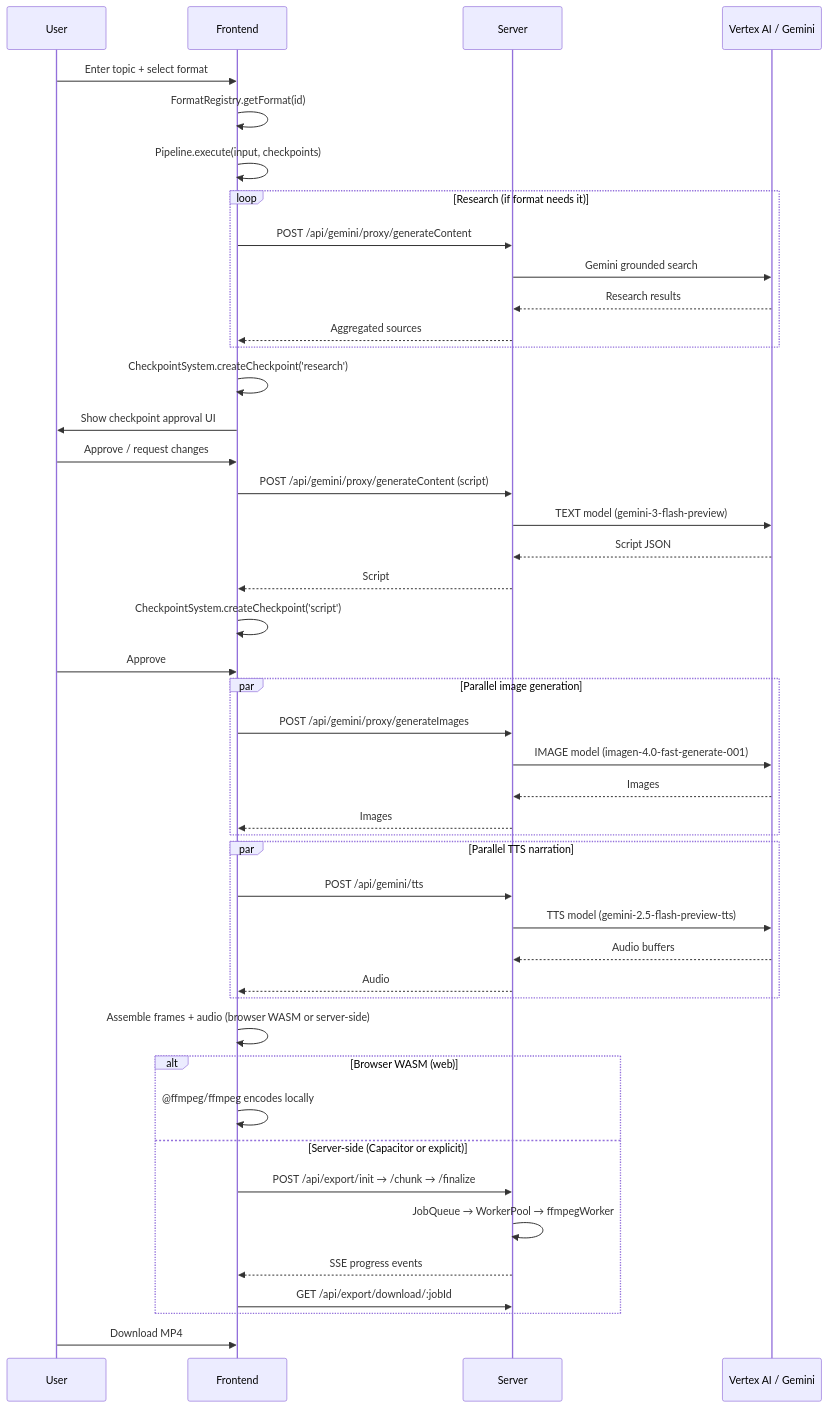
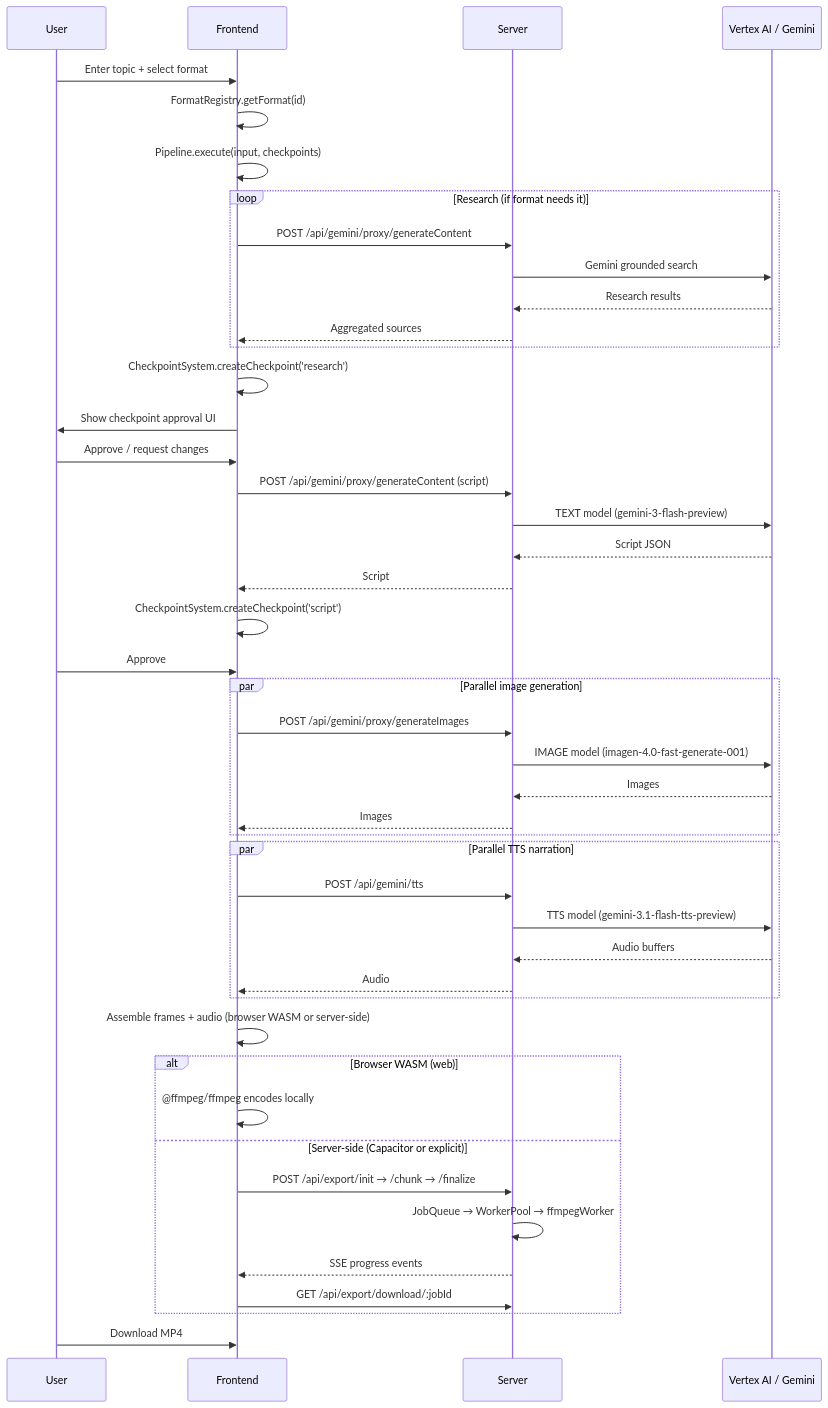
The second of 2 diagrams in docs/ARCHITECTURE.md (lordpython/aisoulstudio), drawn with Mermaid before and after one commit. The commit also changed other lines of this file and 33 other files, not shown here.

First line of the commit message:
feat(tts): normalize delivery markers for Gemini TTS

````diff
--- a/docs/ARCHITECTURE.md
+++ b/docs/ARCHITECTURE.md
@@ -120,57 +120,57 @@
 ```mermaid
 sequenceDiagram
     participant U as User
     participant FE as Frontend
     participant S as Server
     participant AI as Vertex AI / Gemini
 
     U->>FE: Enter topic + select format
     FE->>FE: FormatRegistry.getFormat(id)
     FE->>FE: Pipeline.execute(input, checkpoints)
 
     loop Research (if format needs it)
         FE->>S: POST /api/gemini/proxy/generateContent
         S->>AI: Gemini grounded search
         AI-->>S: Research results
         S-->>FE: Aggregated sources
     end
 
     FE->>FE: CheckpointSystem.createCheckpoint('research')
     FE->>U: Show checkpoint approval UI
     U->>FE: Approve / request changes
 
     FE->>S: POST /api/gemini/proxy/generateContent (script)
     S->>AI: TEXT model (gemini-3-flash-preview)
     AI-->>S: Script JSON
     S-->>FE: Script
 
     FE->>FE: CheckpointSystem.createCheckpoint('script')
     U->>FE: Approve
 
     par Parallel image generation
         FE->>S: POST /api/gemini/proxy/generateImages
         S->>AI: IMAGE model (imagen-4.0-fast-generate-001)
         AI-->>S: Images
         S-->>FE: Images
     end
 
     par Parallel TTS narration
         FE->>S: POST /api/gemini/tts
-        S->>AI: TTS model (gemini-2.5-flash-preview-tts)
+        S->>AI: TTS model (gemini-3.1-flash-tts-preview)
         AI-->>S: Audio buffers
         S-->>FE: Audio
     end
 
     FE->>FE: Assemble frames + audio (browser WASM or server-side)
 
     alt Browser WASM (web)
         FE->>FE: @ffmpeg/ffmpeg encodes locally
     else Server-side (Capacitor or explicit)
         FE->>S: POST /api/export/init → /chunk → /finalize
         S->>S: JobQueue → WorkerPool → ffmpegWorker
         S-->>FE: SSE progress events
         FE->>S: GET /api/export/download/:jobId
     end
 
     U->>FE: Download MP4
 ```
````
